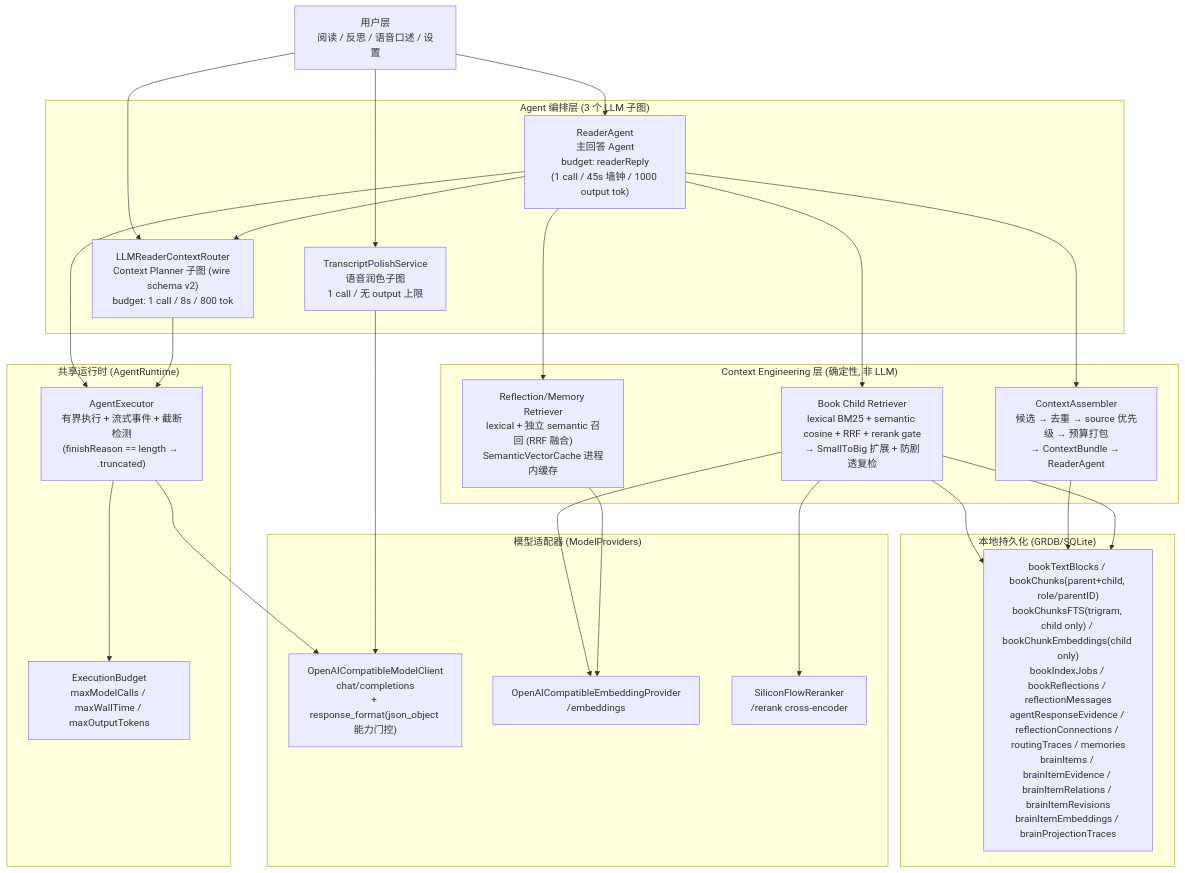
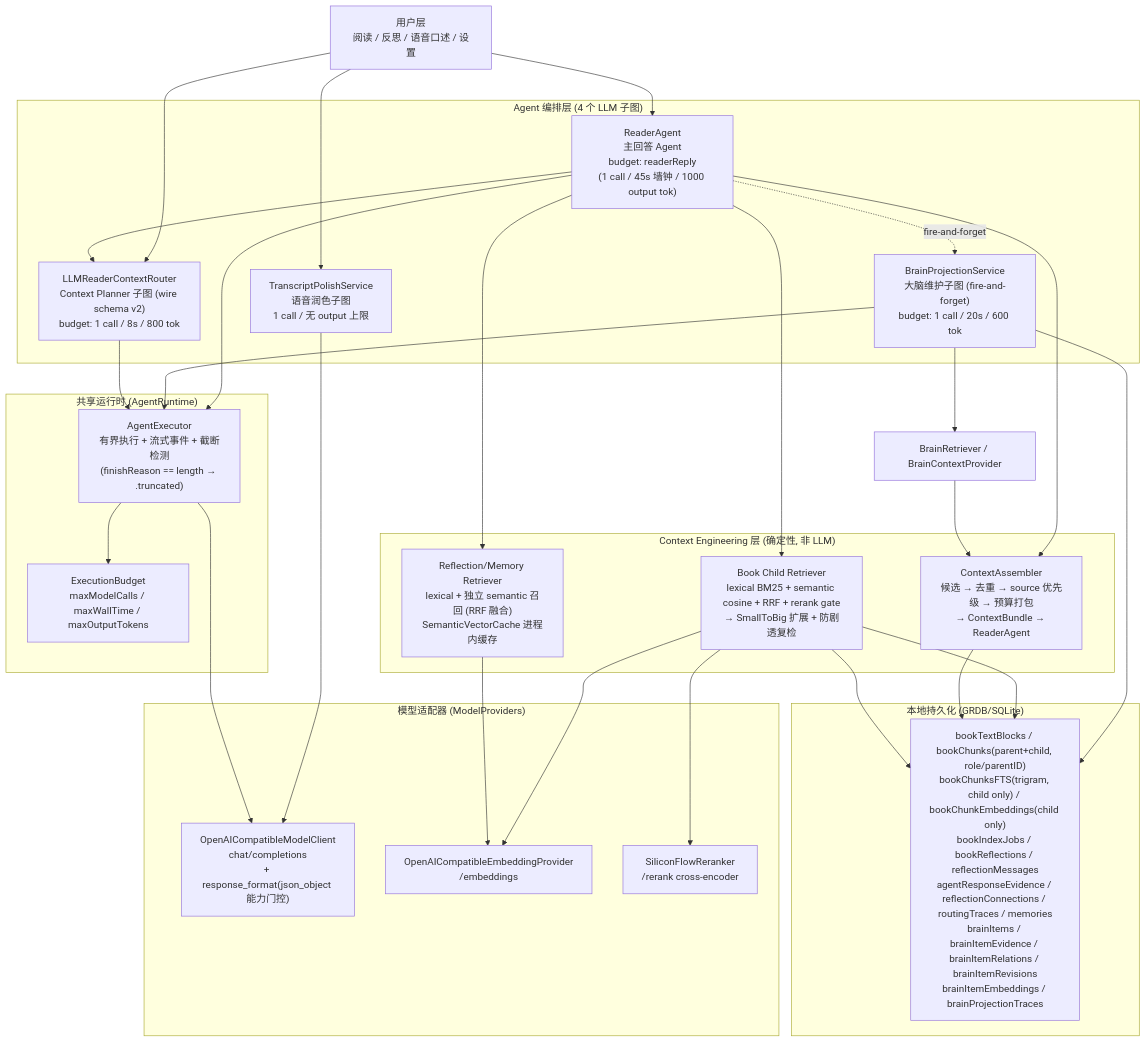
One commit to freecodetiger/Elsepage changed the first of 6 diagrams in ARCHITECTURE.md. Above: the diagram before and after it, drawn with Mermaid. The commit also changed other lines of this file and 5 other files, not shown here.

Commit message:
docs: 全量同步——ARCHITECTURE 四子图与 Brain 链路,PROJECT_HIGHLIGHTS v2/Brain 章节,ADR-0001 修订注,过时计划标注,测试计数 356

````diff
--- a/ARCHITECTURE.md
+++ b/ARCHITECTURE.md
@@ -11,53 +11,59 @@
 ```mermaid
 flowchart TD
     UI["用户层<br/>阅读 / 反思 / 语音口述 / 设置"]
 
-    subgraph AGENTS["Agent 编排层 (3 个 LLM 子图)"]
+    subgraph AGENTS["Agent 编排层 (4 个 LLM 子图)"]
         RA["ReaderAgent<br/>主回答 Agent<br/>budget: readerReply<br/>(1 call / 45s 墙钟 / 1000 output tok)"]
         ROUTER["LLMReaderContextRouter<br/>Context Planner 子图 (wire schema v2)<br/>budget: 1 call / 8s / 800 tok"]
         POLISH["TranscriptPolishService<br/>语音润色子图<br/>1 call / 无 output 上限"]
+        BRAINPROJ["BrainProjectionService<br/>大脑维护子图 (fire-and-forget)<br/>budget: 1 call / 20s / 600 tok"]
     end
 
     subgraph CTX["Context Engineering 层 (确定性, 非 LLM)"]
         RET["Book Child Retriever<br/>lexical BM25 + semantic cosine + RRF + rerank gate<br/>→ SmallToBig 扩展 + 防剧透复检"]
         HYB["Reflection/Memory Retriever<br/>lexical + 独立 semantic 召回 (RRF 融合)<br/>SemanticVectorCache 进程内缓存"]
         ASM["ContextAssembler<br/>候选 → 去重 → source 优先级 → 预算打包<br/>→ ContextBundle → ReaderAgent"]
     end
 
     subgraph RUNTIME["共享运行时 (AgentRuntime)"]
         EXEC["AgentExecutor<br/>有界执行 + 流式事件 + 截断检测<br/>(finishReason == length → .truncated)"]
         BUDGET["ExecutionBudget<br/>maxModelCalls / maxWallTime / maxOutputTokens"]
     end
 
     subgraph PROV["模型适配器 (ModelProviders)"]
         CHAT["OpenAICompatibleModelClient<br/>chat/completions<br/>+ response_format(json_object 能力门控)"]
         EMB["OpenAICompatibleEmbeddingProvider<br/>/embeddings"]
         RERANK["SiliconFlowReranker<br/>/rerank cross-encoder"]
     end
 
     subgraph DB["本地持久化 (GRDB/SQLite)"]
         PERS["bookTextBlocks / bookChunks(parent+child, role/parentID)<br/>bookChunksFTS(trigram, child only) / bookChunkEmbeddings(child only)<br/>bookIndexJobs / bookReflections / reflectionMessages<br/>agentResponseEvidence / reflectionConnections / routingTraces / memories<br/>brainItems / brainItemEvidence / brainItemRelations / brainItemRevisions<br/>brainItemEmbeddings / brainProjectionTraces"]
     end
 
     UI --> RA
     UI --> POLISH
     UI --> ROUTER
 
     RA --> ROUTER
     RA --> RET
     RA --> HYB
     RA --> ASM
     RA --> EXEC
+    RA -. fire-and-forget .-> BRAINPROJ
+    BRAINPROJ --> BR["BrainRetriever / BrainContextProvider"]
+    BR --> ASM
+    BRAINPROJ --> EXEC
     ROUTER --> EXEC
+    BRAINPROJ --> PERS
     POLISH --> CHAT
 
     EXEC --> BUDGET
     EXEC --> CHAT
 
     RET --> EMB
     RET --> RERANK
     RET --> PERS
     HYB --> EMB
     ASM --> PERS
     RET --> PERS
 ```
````
